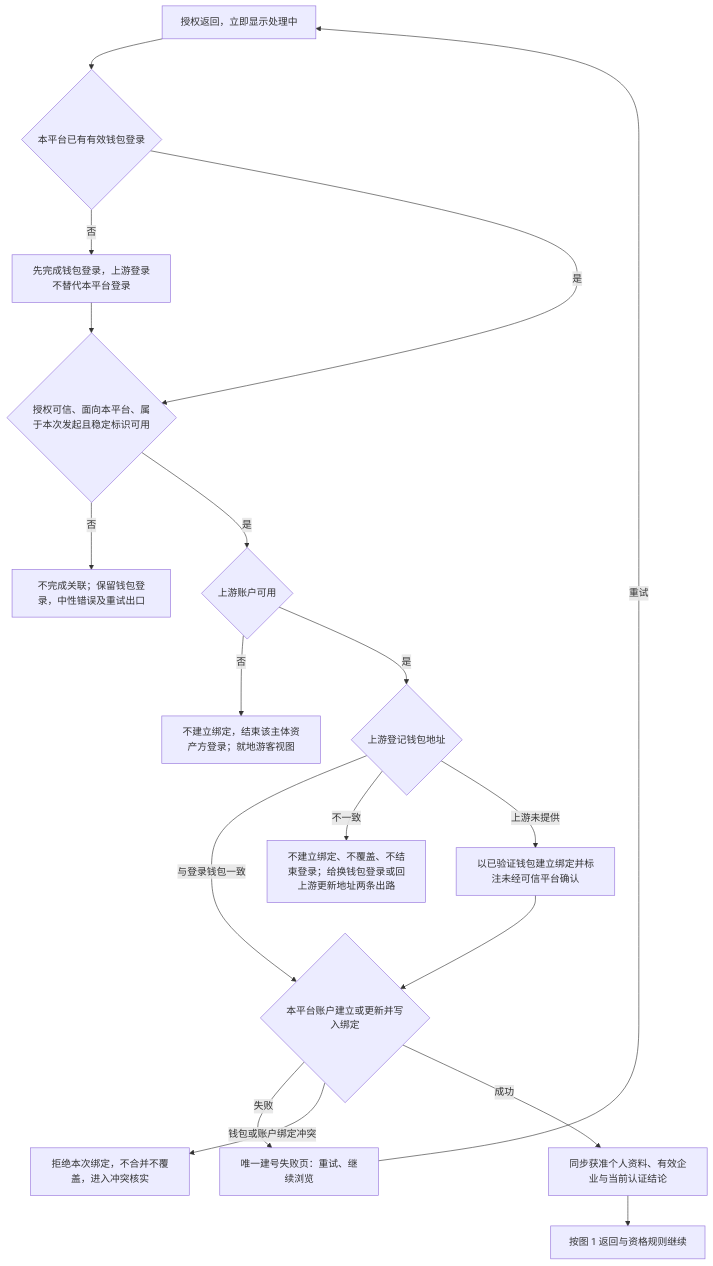
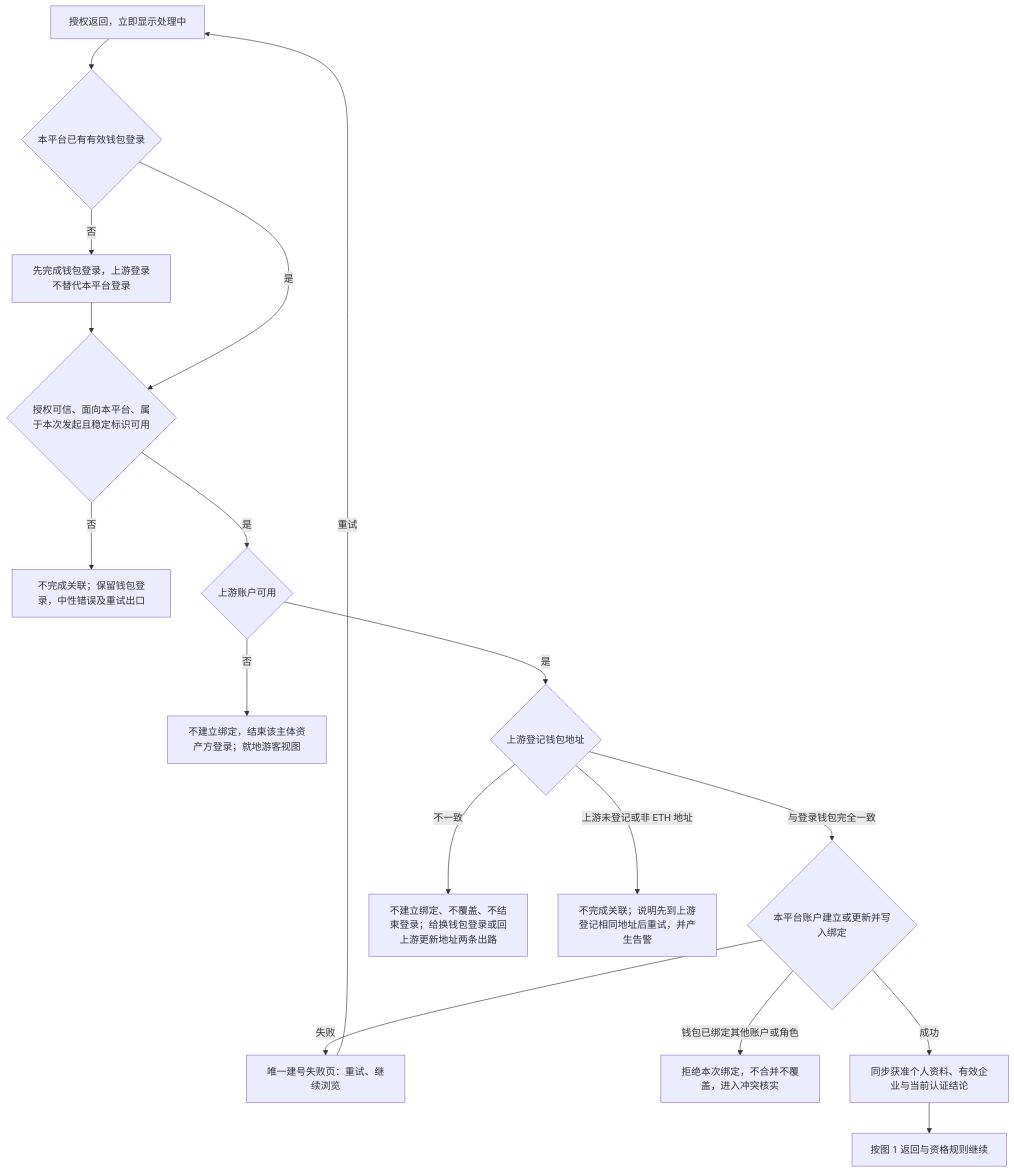
Before and after one commit to wxblockchain/Chain-Financing: the second of 7 diagrams in lending-platform/PRD/v2.0-登录与账户体系/02-登录主干与资产方SSO接入-流程图与状态机.md, drawn with Mermaid. The commit also changed other lines of this file and 2 other files, not shown here.

````diff
--- a/lending-platform/PRD/v2.0-登录与账户体系/02-登录主干与资产方SSO接入-流程图与状态机.md
+++ b/lending-platform/PRD/v2.0-登录与账户体系/02-登录主干与资产方SSO接入-流程图与状态机.md
@@ -45,20 +45,19 @@
 ```mermaid
 flowchart TD
     START["授权返回，立即显示处理中"] --> LOGIN{"本平台已有有效钱包登录"}
     LOGIN -->|否| SIGNIN["先完成钱包登录，上游登录不替代本平台登录"]
     SIGNIN --> AUTH
     LOGIN -->|是| AUTH{"授权可信、面向本平台、属于本次发起且稳定标识可用"}
     AUTH -->|否| FAIL["不完成关联；保留钱包登录，中性错误及重试出口"]
     AUTH -->|是| ACTIVE{"上游账户可用"}
     ACTIVE -->|否| BLOCK["不建立绑定，结束该主体资产方登录；就地游客视图"]
     ACTIVE -->|是| MATCH{"上游登记钱包地址"}
-    MATCH -->|与登录钱包一致| BIND
+    MATCH -->|与登录钱包完全一致| BIND
     MATCH -->|不一致| CONFLICT["不建立绑定、不覆盖、不结束登录；给换钱包登录或回上游更新地址两条出路"]
-    MATCH -->|上游未提供| MARK["以已验证钱包建立绑定并标注未经可信平台确认"]
-    MARK --> BIND
+    MATCH -->|上游未登记或非 ETH 地址| MISSING["不完成关联；说明先到上游登记相同地址后重试，并产生告警"]
     BIND{"本平台账户建立或更新并写入绑定"} -->|失败| ERROR["唯一建号失败页：重试、继续浏览"]
-    BIND -->|钱包或账户绑定冲突| REJECT["拒绝本次绑定，不合并不覆盖，进入冲突核实"]
+    BIND -->|钱包已绑定其他账户或角色| REJECT["拒绝本次绑定，不合并不覆盖，进入冲突核实"]
     BIND -->|成功| SYNC["同步获准个人资料、有效企业与当前认证结论"]
     SYNC --> LAND["按图 1 返回与资格规则继续"]
     ERROR -->|重试| START
 ```
````
